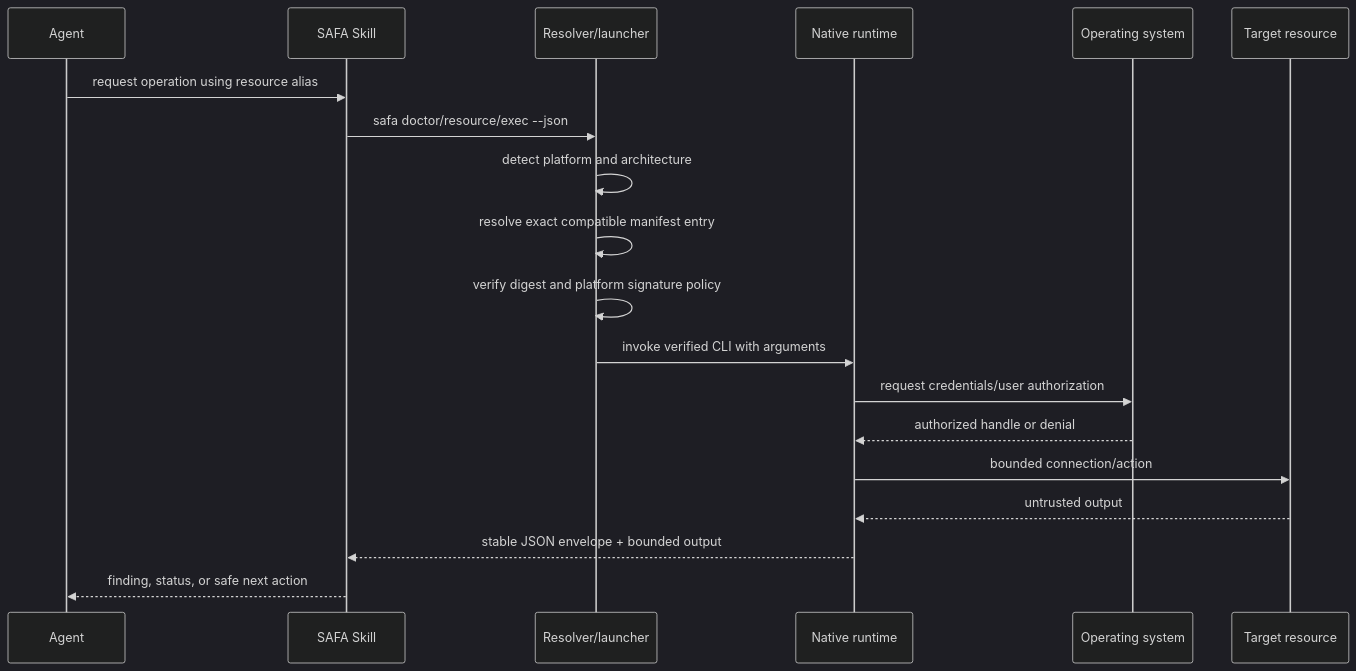
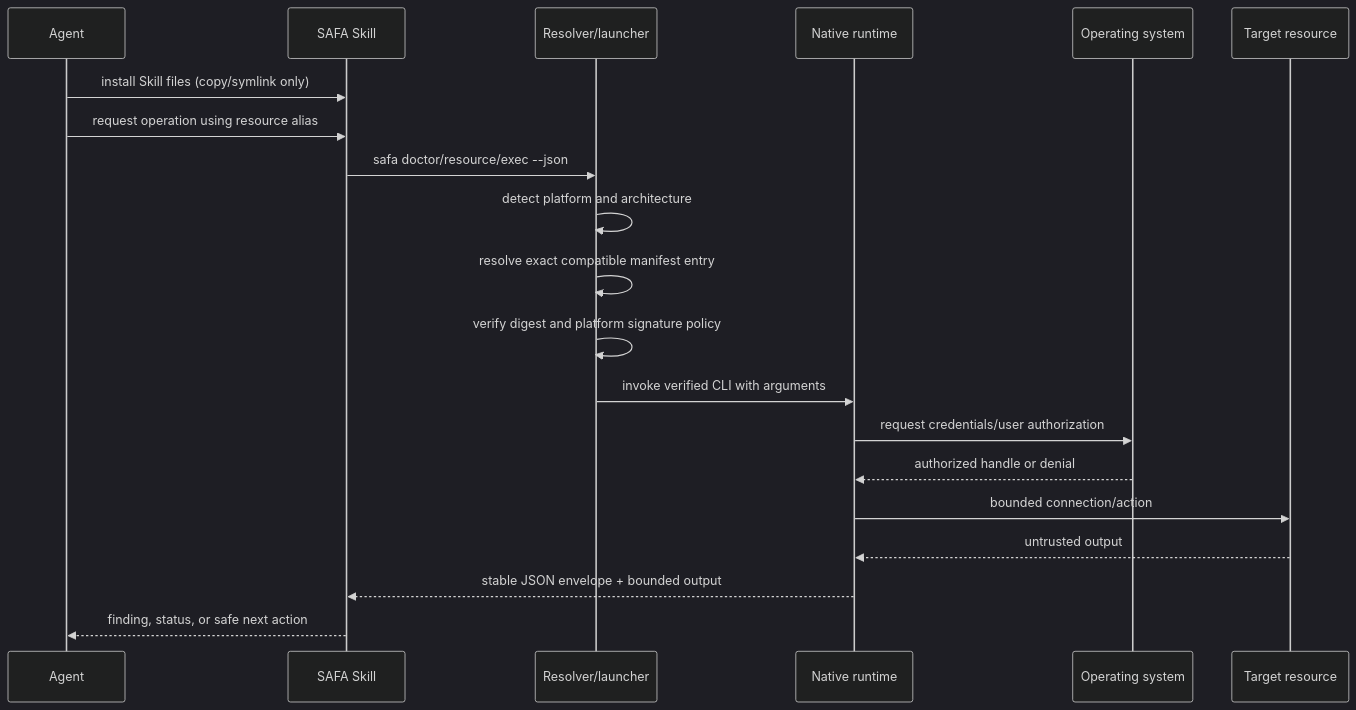
The second of 3 diagrams in docs/architecture.md (juju-w/safa), drawn with Mermaid (dark theme) before and after one commit. The commit also changed other lines of this file and 14 other files, not shown here.

````diff
--- a/docs/architecture.md
+++ b/docs/architecture.md
@@ -35,22 +35,23 @@
 ```mermaid
 sequenceDiagram
     participant A as Agent
     participant S as SAFA Skill
     participant L as Resolver/launcher
     participant R as Native runtime
     participant O as Operating system
     participant T as Target resource
 
+    A->>S: install Skill files (copy/symlink only)
     A->>S: request operation using resource alias
     S->>L: safa doctor/resource/exec --json
     L->>L: detect platform and architecture
     L->>L: resolve exact compatible manifest entry
     L->>L: verify digest and platform signature policy
     L->>R: invoke verified CLI with arguments
     R->>O: request credentials/user authorization
     O-->>R: authorized handle or denial
     R->>T: bounded connection/action
     T-->>R: untrusted output
     R-->>S: stable JSON envelope + bounded output
     S-->>A: finding, status, or safe next action
 ```
````
